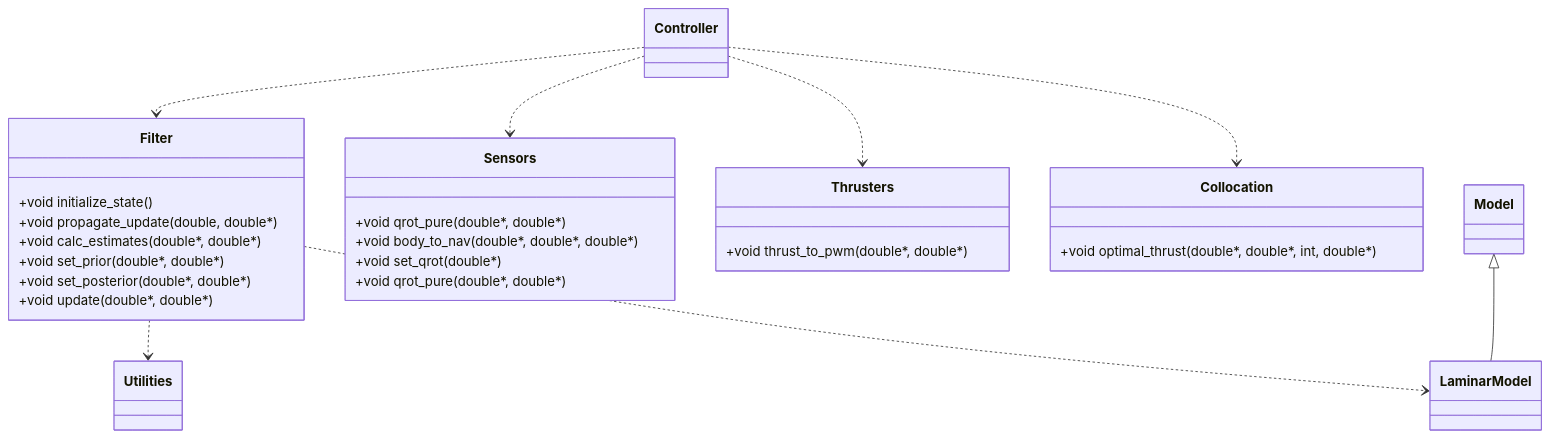
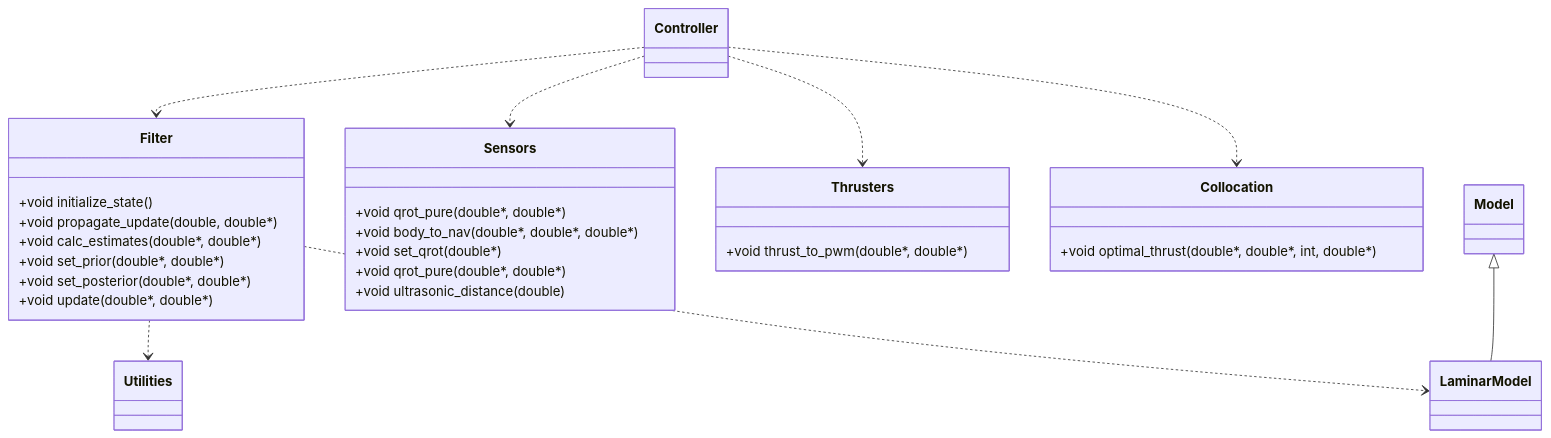
One commit to teichen/stormfin changed the diagram in README.md. Above: the diagram before and after it, drawn with Mermaid. The commit also changed 3 other files, not shown here.

Commit message:
ultrasonic distance to sensors

````diff
--- a/README.md
+++ b/README.md
@@ -21,22 +21,23 @@
 ```mermaid
 classDiagram
     Controller ..> Filter
     Controller ..> Sensors
     Controller ..> Thrusters
     Controller ..> Collocation
     Filter ..> Utilities
     Filter ..> LaminarModel
     Model <|-- LaminarModel
     Filter : +void initialize_state()
     Filter : +void propagate_update(double, double*)
     Filter : +void calc_estimates(double*, double*)
     Filter : +void set_prior(double*, double*)
     Filter : +void set_posterior(double*, double*)
     Filter : +void update(double*, double*)
     Sensors : +void qrot_pure(double*, double*)
     Sensors : +void body_to_nav(double*, double*, double*)
     Sensors : +void set_qrot(double*)
     Sensors : +void qrot_pure(double*, double*)
+    Sensors : +void ultrasonic_distance(double)
     Thrusters : +void thrust_to_pwm(double*, double*)
     Collocation : +void optimal_thrust(double*, double*, int, double*)
 ```
````
